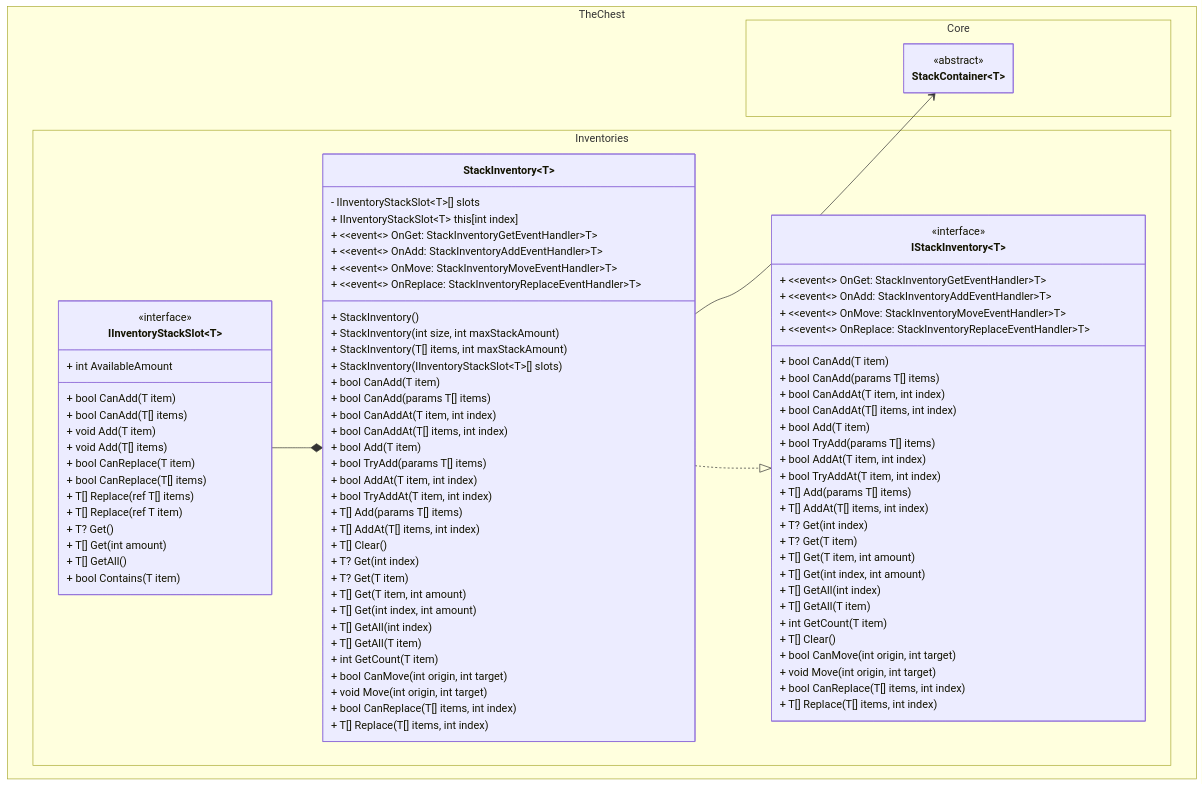
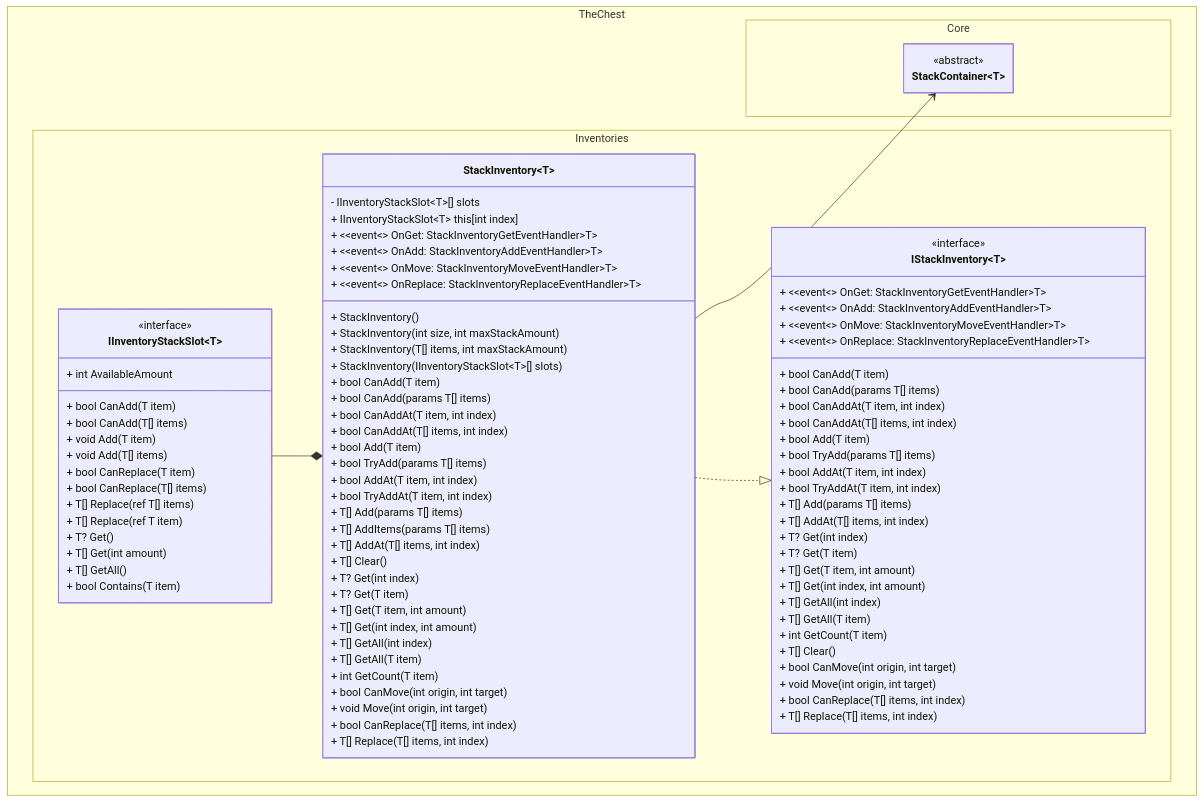
One commit to The-Chest/TheChest.Inventories changed the first of 2 diagrams in docs/stack_inventory/class_diagram.md. Above: the diagram before and after it, drawn with Mermaid.

Commit message:
Document AddItems on IStackInventory in class diagram

```diff
--- a/docs/stack_inventory/class_diagram.md
+++ b/docs/stack_inventory/class_diagram.md
@@ -41,6 +41,7 @@
             + bool AddAt(T item, int index)
             + bool TryAddAt(T item, int index)
             + T[] Add(params T[] items)
+            + T[] AddItems(params T[] items)
             + T[] AddAt(T[] items, int index)
 
             + T[] Clear()
```
